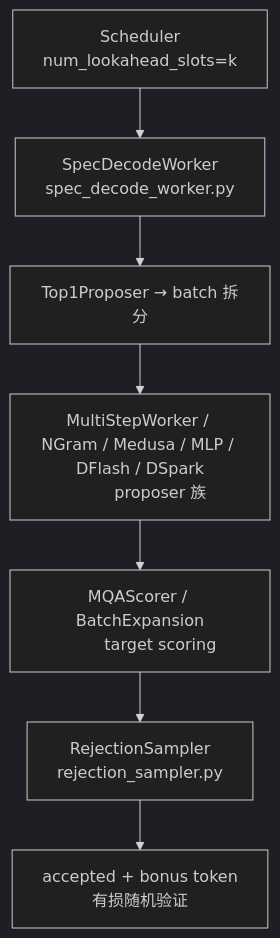
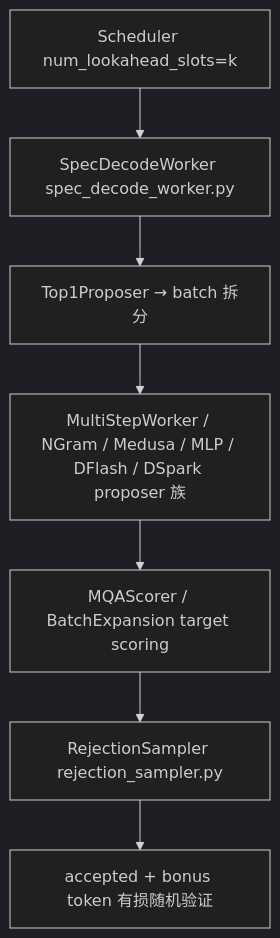
Before and after one commit to Lyr-GW/interview-docs: the second of 2 diagrams in docs/topics/speculative-decoding.md, drawn with Mermaid (dark theme). The commit also changed other lines of this file and 6 other files, not shown here.

Commit message:
fix: collapse multiline mermaid labels to single line

````diff
--- a/docs/topics/speculative-decoding.md
+++ b/docs/topics/speculative-decoding.md
@@ -100,17 +94,11 @@
 ```mermaid
 flowchart TB
-    A[Scheduler
-        num_lookahead_slots=k]
-    B[SpecDecodeWorker
-        spec_decode_worker.py]
+    A[Scheduler num_lookahead_slots=k]
+    B[SpecDecodeWorker spec_decode_worker.py]
     C[Top1Proposer → batch 拆分]
-    D[MultiStepWorker / NGram / Medusa / MLP / DFlash / DSpark
-        proposer 族]
-    E[MQAScorer / BatchExpansion
-        target scoring]
-    F[RejectionSampler
-        rejection_sampler.py]
-    G[accepted + bonus token
-        有损随机验证]
+    D[MultiStepWorker / NGram / Medusa / MLP / DFlash / DSpark proposer 族]
+    E[MQAScorer / BatchExpansion target scoring]
+    F[RejectionSampler rejection_sampler.py]
+    G[accepted + bonus token 有损随机验证]
     A --> B --> C --> D --> E --> F --> G
 ```
````
